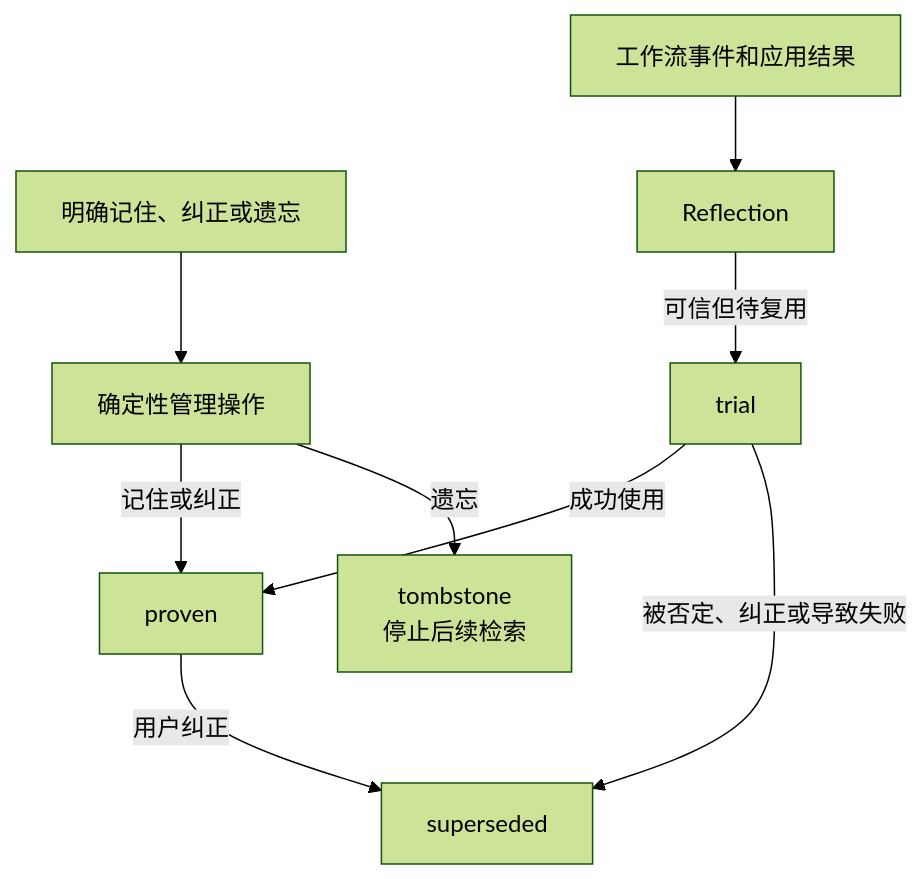
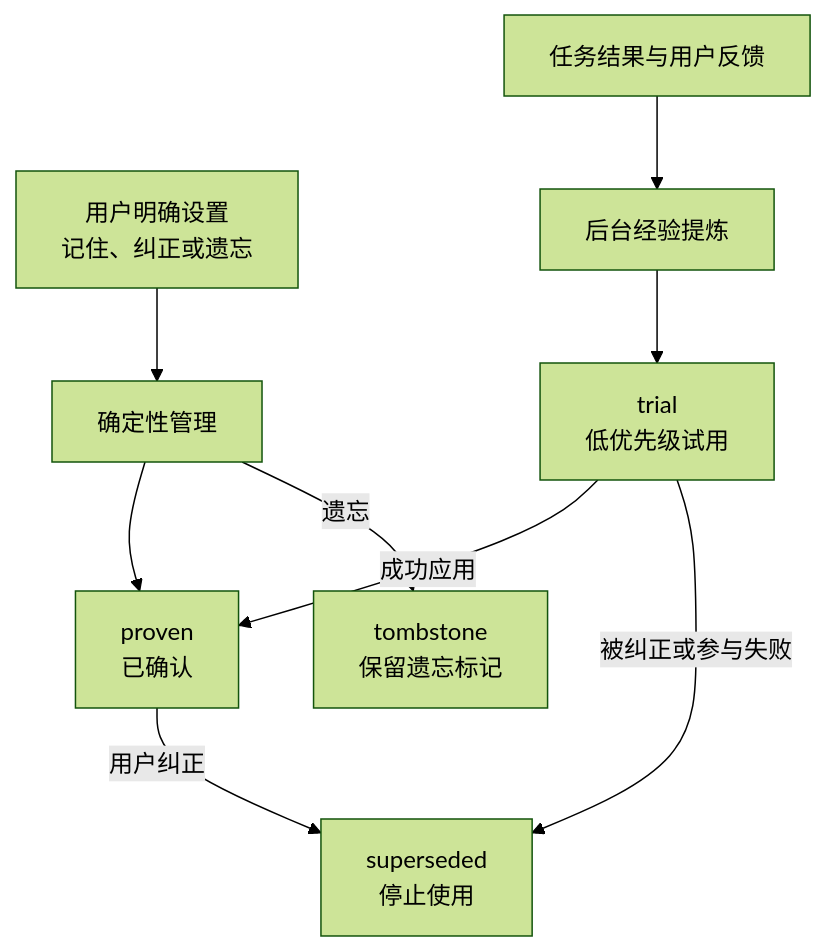
Before and after one commit to rpamis/comet-website-docs: the diagram in zh/plugins/personal-memory.mdx, drawn with Mermaid (forest theme). The commit also changed other lines of this file and 158 other files, not shown here.

````diff
--- a/zh/plugins/personal-memory.mdx
+++ b/zh/plugins/personal-memory.mdx
@@ -26,11 +88,11 @@
 ```mermaid
 flowchart TD
-  E["明确记住、纠正或遗忘"] --> P["确定性管理操作"]
-  P -->|记住或纠正| V["proven"]
-  P -->|遗忘| T["tombstone\n停止后续检索"]
-  X["工作流事件和应用结果"] --> R["Reflection"]
-  R -->|可信但待复用| R1["trial"]
-  R1 -->|成功使用| V
-  R1 -->|被否定、纠正或导致失败| S["superseded"]
-  V -->|用户纠正| S
+  U["用户明确设置<br/>记住、纠正或遗忘"] --> D["确定性管理"]
+  D --> P["proven<br/>已确认"]
+  E["任务结果与用户反馈"] --> R["后台经验提炼"]
+  R --> T["trial<br/>低优先级试用"]
+  T -->|成功应用| P
+  T -->|被纠正或参与失败| S["superseded<br/>停止使用"]
+  P -->|用户纠正| S
+  D -->|遗忘| X["tombstone<br/>保留遗忘标记"]
 ```
````
